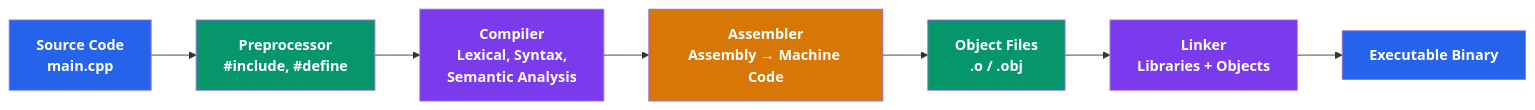
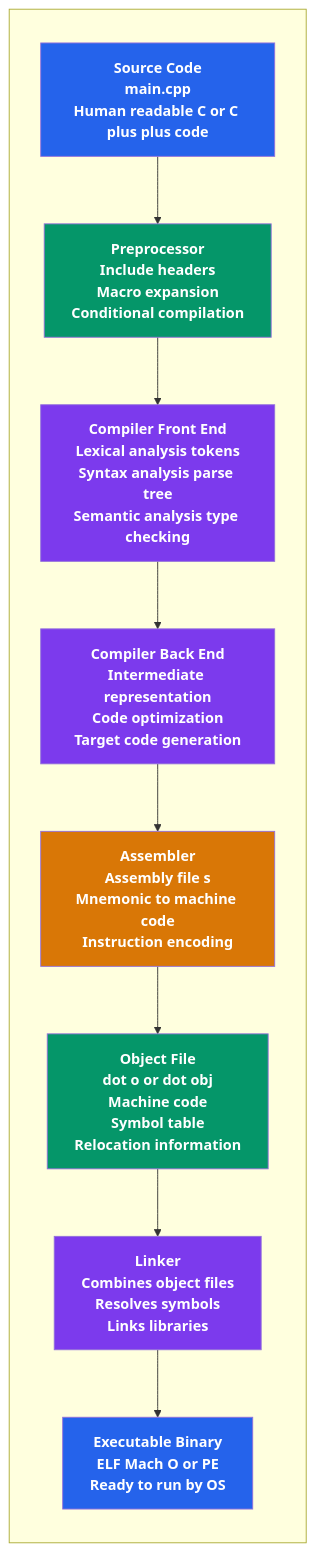
Before and after one commit to aabhinavg1/FixIt: the diagram in docs/c++/basic/c++_compilers.md, drawn with Mermaid. The commit also changed other lines of this file, not shown here.

Commit message:
Article on C++ Main file

````diff
--- a/docs/c++/basic/c++_compilers.md
+++ b/docs/c++/basic/c++_compilers.md
@@ -464,17 +545,32 @@
 ```mermaid
-flowchart LR
-    A[Source Code<br/>main.cpp] --> B[Preprocessor<br/>#include, #define]
-    B --> C[Compiler<br/>Lexical, Syntax,<br/>Semantic Analysis]
-    C --> D[Assembler<br/>Assembly → Machine Code]
-    D --> E[Object Files<br/>.o / .obj]
-    E --> F[Linker<br/>Libraries + Objects]
-    F --> G[Executable Binary]
+flowchart TD
+    subgraph CENTER[" "]
+        direction TB
+
+        A[Source Code<br/>main.cpp<br/>Human readable C or C plus plus code]
+
+        A --> B[Preprocessor<br/>Include headers<br/>Macro expansion<br/>Conditional compilation]
+
+        B --> C[Compiler Front End<br/>Lexical analysis tokens<br/>Syntax analysis parse tree<br/>Semantic analysis type checking]
+
+        C --> C2[Compiler Back End<br/>Intermediate representation<br/>Code optimization<br/>Target code generation]
+
+        C2 --> D[Assembler<br/>Assembly file s<br/>Mnemonic to machine code<br/>Instruction encoding]
+
+        D --> E[Object File<br/>dot o or dot obj<br/>Machine code<br/>Symbol table<br/>Relocation information]
+
+        E --> F[Linker<br/>Combines object files<br/>Resolves symbols<br/>Links libraries]
+
+        F --> G[Executable Binary<br/>ELF Mach O or PE<br/>Ready to run by OS]
+    end
 
     style A fill:#2563EB,color:#fff,font-weight:bold
     style B fill:#059669,color:#fff,font-weight:bold
     style C fill:#7C3AED,color:#fff,font-weight:bold
+    style C2 fill:#7C3AED,color:#fff,font-weight:bold
     style D fill:#D97706,color:#fff,font-weight:bold
     style E fill:#059669,color:#fff,font-weight:bold
     style F fill:#7C3AED,color:#fff,font-weight:bold
     style G fill:#2563EB,color:#fff,font-weight:bold
+
 ```
````
